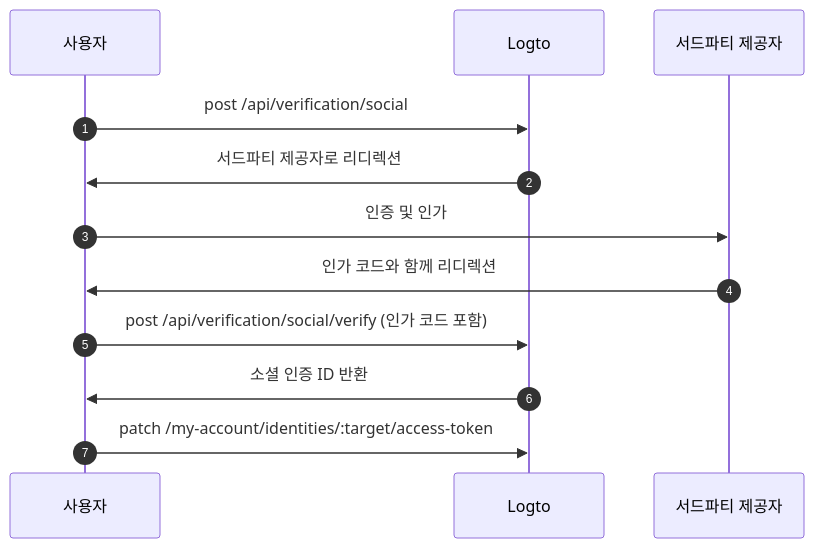
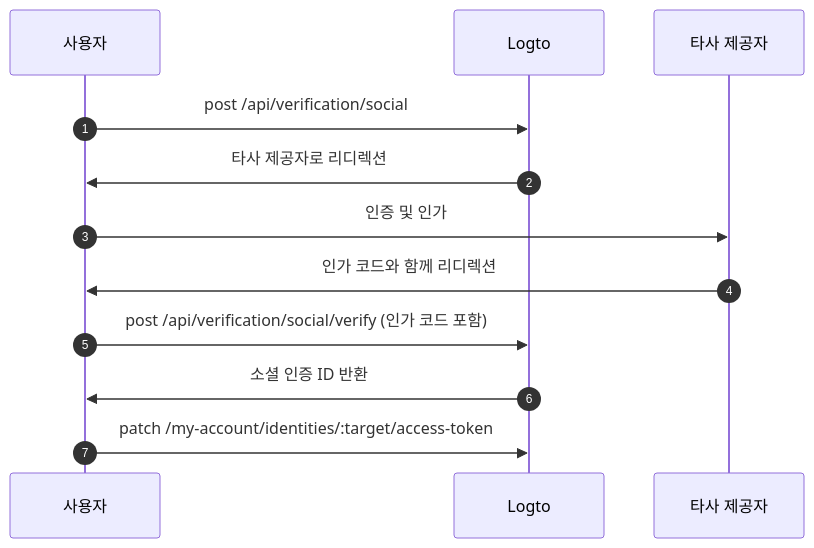
The diagram in i18n/ko/docusaurus-plugin-content-docs/current/secret-vault/federated-token-set.mdx (logto-io/docs), drawn with Mermaid before and after one commit. The commit also changed other lines of this file and 200 other files, not shown here.

````diff
--- a/i18n/ko/docusaurus-plugin-content-docs/current/secret-vault/federated-token-set.mdx
+++ b/i18n/ko/docusaurus-plugin-content-docs/current/secret-vault/federated-token-set.mdx
@@ -146,16 +146,16 @@
 ```mermaid
 sequenceDiagram
     autonumber
 
     participant User as 사용자
     participant Logto as Logto
-    participant Provider as 서드파티 제공자
+    participant Provider as 타사 제공자
 
     User->>Logto: post /api/verification/social
-    Logto->>User: 서드파티 제공자로 리디렉션
+    Logto->>User: 타사 제공자로 리디렉션
     User->>Provider: 인증 및 인가
     Provider->>User: 인가 코드와 함께 리디렉션
     User->>Logto: post /api/verification/social/verify (인가 코드 포함)
     Logto->>User: 소셜 인증 ID 반환
     User->>Logto: patch /my-account/identities/:target/access-token
 ```
````
